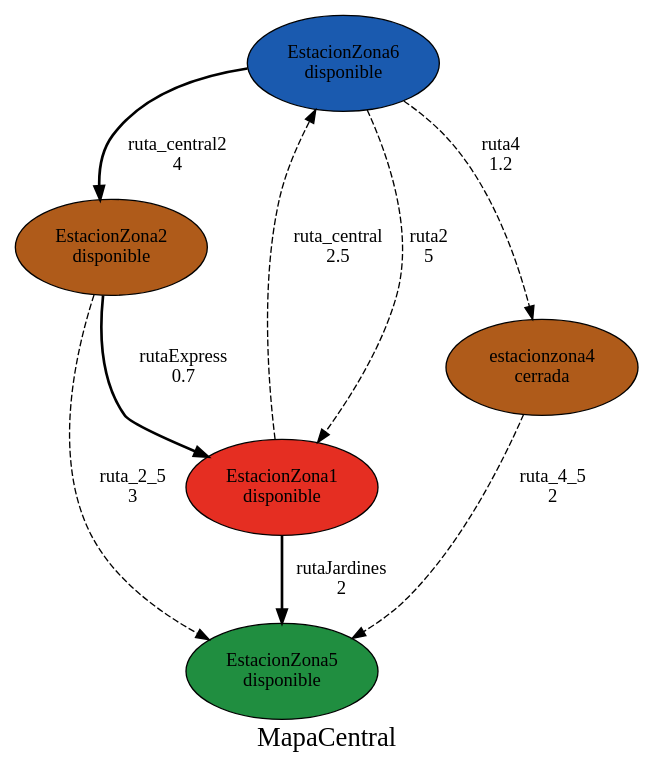
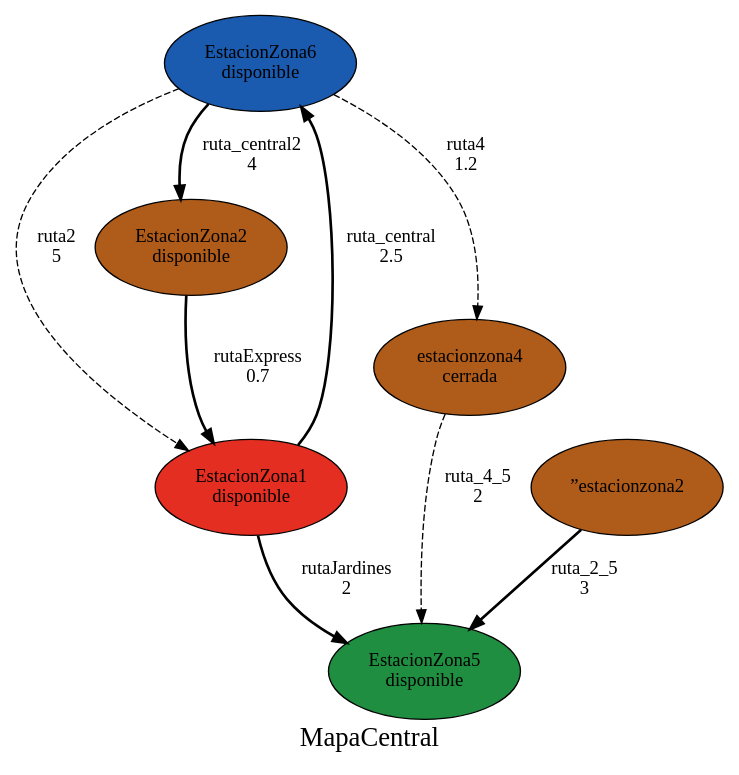
Before and after one commit to AdrianMolina2000/-LF-Proyecto1: the diagram in Images/Mapa.gv, drawn with Graphviz. The commit also changed 12 other files, not shown here.

```diff
--- a/Images/Mapa.gv
+++ b/Images/Mapa.gv
@@ -1,36 +1,36 @@
 digraph Mapa {
 	node [color=black fillcolor="#1A5AAF" fixedsize=true height=1 shape=oval style=filled width=2]
 	estacionzona6 [label="EstacionZona6
 disponible"]
 	node [color=black fillcolor="#AF5B1A" fixedsize=true height=1 shape=oval style=filled width=2]
 	estacionzona2 [label="EstacionZona2
 disponible"]
 	node [color=black fillcolor="#E52E22" fixedsize=true height=1 shape=oval style=filled width=2]
 	estacionzona1 [label="EstacionZona1
 disponible"]
 	node [color=black fillcolor="#208E40" fixedsize=true height=1 shape=oval style=filled width=2]
 	estacionzona5 [label="EstacionZona5
 disponible"]
 	node [color=black fillcolor="#AF5B1A" fixedsize=true height=1 shape=oval style=filled width=2]
 	estacionzona4 [label="estacionzona4
 cerrada"]
 	estacionzona1 -> estacionzona6 [label="ruta_central
-2.5" style=dashed]
+2.5" style=bold]
 	estacionzona6 -> estacionzona2 [label="ruta_central2
 4" style=bold]
 	estacionzona6 -> estacionzona1 [label="ruta2
 5" style=dashed]
 	estacionzona2 -> estacionzona1 [label="rutaExpress
 0.7" style=bold]
 	estacionzona1 -> estacionzona5 [label="rutaJardines
 2" style=bold]
 	estacionzona6 -> estacionzona4 [label="ruta4
 1.2" style=dashed]
 	estacionzona4 -> estacionzona5 [label="ruta_4_5
 2" style=dashed]
-	estacionzona2 -> estacionzona5 [label="ruta_2_5
-3" style=dashed]
+	"”estacionzona2" -> estacionzona5 [label="ruta_2_5
+3" style=bold]
 	overlap=false
 	label=MapaCentral
 	fontsize=20
 }
```
